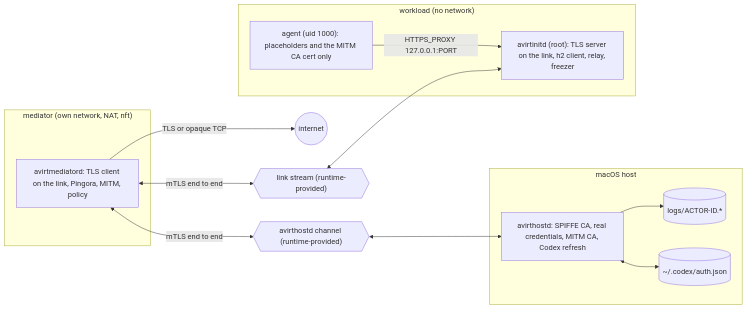
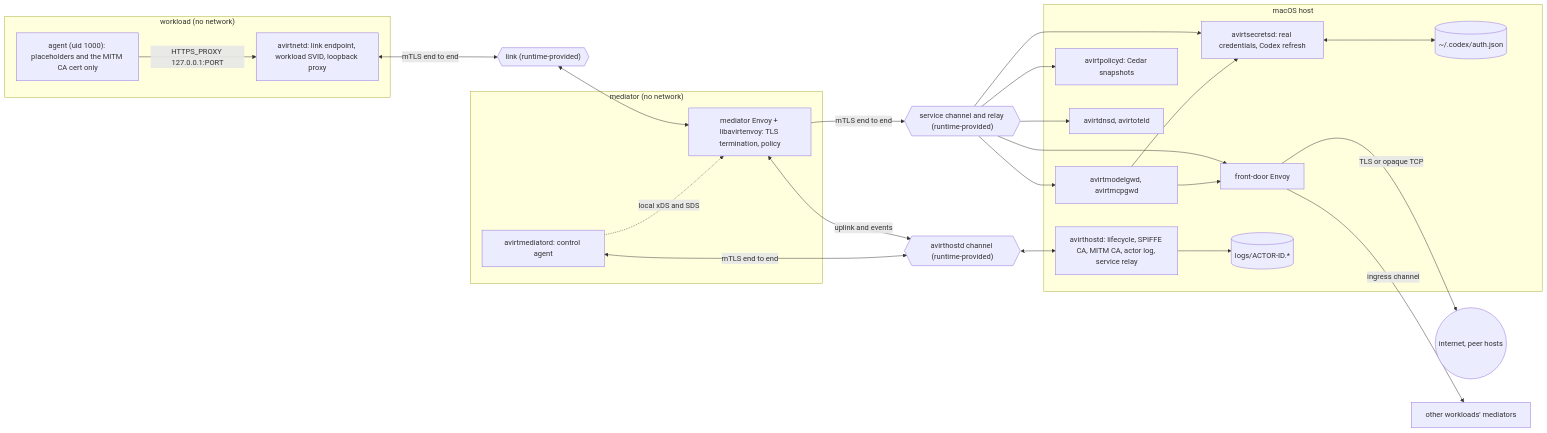
The second of 2 diagrams in docs/architecture.md (tbhb-dev/avirt), drawn with Mermaid before and after one commit. The commit also changed other lines of this file and 32 other files, not shown here.

First line of the commit message:
docs: plan the avirt component architecture and workspaces

````diff
--- a/docs/architecture.md
+++ b/docs/architecture.md
@@ -62,25 +69,43 @@
 ```mermaid
 flowchart LR
     subgraph host["macOS host"]
-        hostd["avirthostd: SPIFFE CA, real credentials, MITM CA, Codex refresh"]
+        hostd["avirthostd: lifecycle, SPIFFE CA, MITM CA, actor log, service relay"]
+        secrets["avirtsecretsd: real credentials, Codex refresh"]
+        policy["avirtpolicyd: Cedar snapshots"]
+        svc["avirtdnsd, avirtoteld"]
+        gw["avirtmodelgwd, avirtmcpgwd"]
+        fd["front-door Envoy"]
         logs[("logs/ACTOR-ID.*")]
         hostauth[("~/.codex/auth.json")]
         hostd --> logs
-        hostd <--> hostauth
+        secrets <--> hostauth
+        gw --> secrets
+        gw --> fd
     end
-    subgraph medvm["mediator (own network, NAT, nft)"]
-        med["avirtmediatord: TLS client on the link, Pingora, MITM, policy"]
+    subgraph medvm["mediator (no network)"]
+        med["avirtmediatord: control agent"]
+        me["mediator Envoy + libavirtenvoy: TLS termination, policy"]
+        med -.->|"local xDS and SDS"| me
     end
     subgraph wl["workload (no network)"]
-        avirtinitd["avirtinitd (root): TLS server on the link, h2 client, relay, freezer"]
+        net["avirtnetd: link endpoint, workload SVID, loopback proxy"]
         agent["agent (uid 1000): placeholders and the MITM CA cert only"]
-        agent -->|"HTTPS_PROXY 127.0.0.1:PORT"| avirtinitd
+        agent -->|"HTTPS_PROXY 127.0.0.1:PORT"| net
     end
-    link{{"link stream (runtime-provided)"}}
-    cchan{{"avirthostd channel (runtime-provided)"}}
-    med <-->|"mTLS end to end"| link
-    link <--> avirtinitd
-    med <-->|"mTLS end to end"| cchan
-    cchan <--> hostd
-    med -->|"TLS or opaque TCP"| upstream(("internet"))
+    link{{"link (runtime-provided)"}}
+    hchan{{"avirthostd channel (runtime-provided)"}}
+    schan{{"service channel and relay (runtime-provided)"}}
+    net <-->|"mTLS end to end"| link
+    link <--> me
+    med <-->|"mTLS end to end"| hchan
+    hchan <--> hostd
+    me <-->|"uplink and events"| hchan
+    me -->|"mTLS end to end"| schan
+    schan --> gw
+    schan --> policy
+    schan --> svc
+    schan --> secrets
+    schan --> fd
+    fd -->|"TLS or opaque TCP"| upstream(("internet, peer hosts"))
+    fd -->|"ingress channel"| other["other workloads' mediators"]
 ```
````
